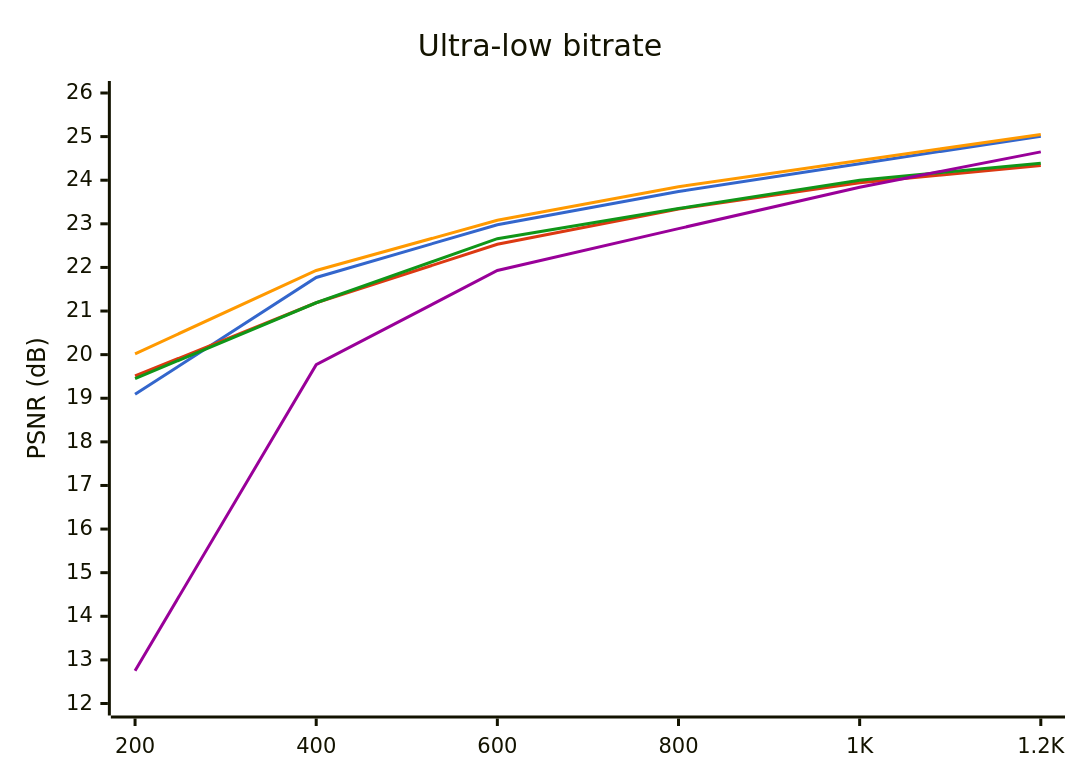
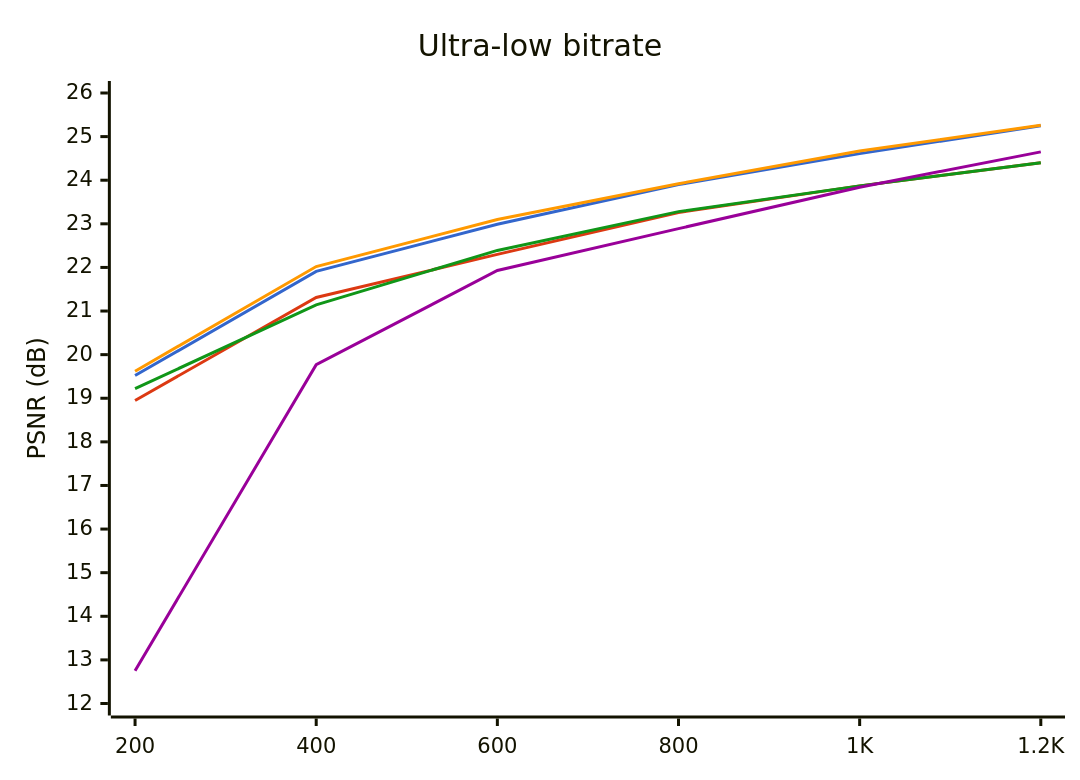
The first of 2 diagrams in results.md (lieff/miniwtpc), drawn with Mermaid before and after one commit. The commit also changed other lines of this file and 54 other files, not shown here.

````diff
--- a/results.md
+++ b/results.md
@@ -12,12 +12,12 @@
 ```mermaid
 %%{init: {"themeVariables": {"xyChart": {"plotColorPalette": "#3366cc, #dc3912, #ff9900, #109618, #990099"}}}}%%
 xychart-beta
     title "Ultra-low bitrate"
     y-axis "PSNR (dB)" 12 --> 26
     x-axis ["200", "400", "600", "800", "1K", "1.2K"]
-    line "WTPC EBC" [19.09, 21.77, 22.98, 23.74, 24.38, 25.01]
-    line "WTPC Huff" [19.51, 21.19, 22.53, 23.34, 23.94, 24.34]
-    line "W420 EBC" [20.02, 21.93, 23.08, 23.85, 24.45, 25.05]
-    line "W420 Huff" [19.45, 21.19, 22.66, 23.35, 24.00, 24.39]
+    line "WTPC EBC" [19.52, 21.91, 22.99, 23.90, 24.61, 25.25]
+    line "WTPC Huff" [18.95, 21.31, 22.30, 23.26, 23.87, 24.40]
+    line "W420 EBC" [19.62, 22.02, 23.10, 23.92, 24.67, 25.26]
+    line "W420 Huff" [19.22, 21.14, 22.39, 23.28, 23.87, 24.40]
     line "JPEG2000" [12.75, 19.77, 21.93, 22.89, 23.84, 24.65]
 ```
````
